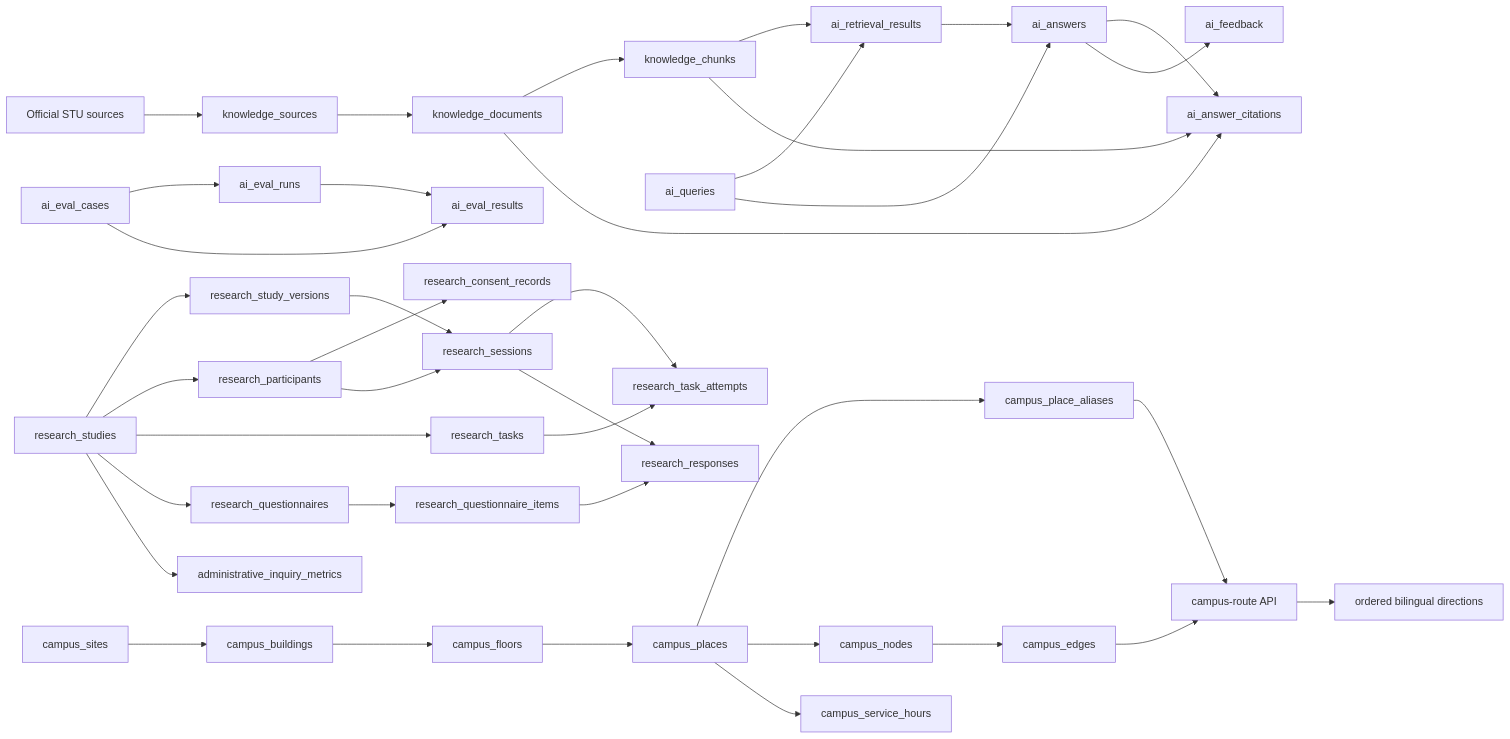
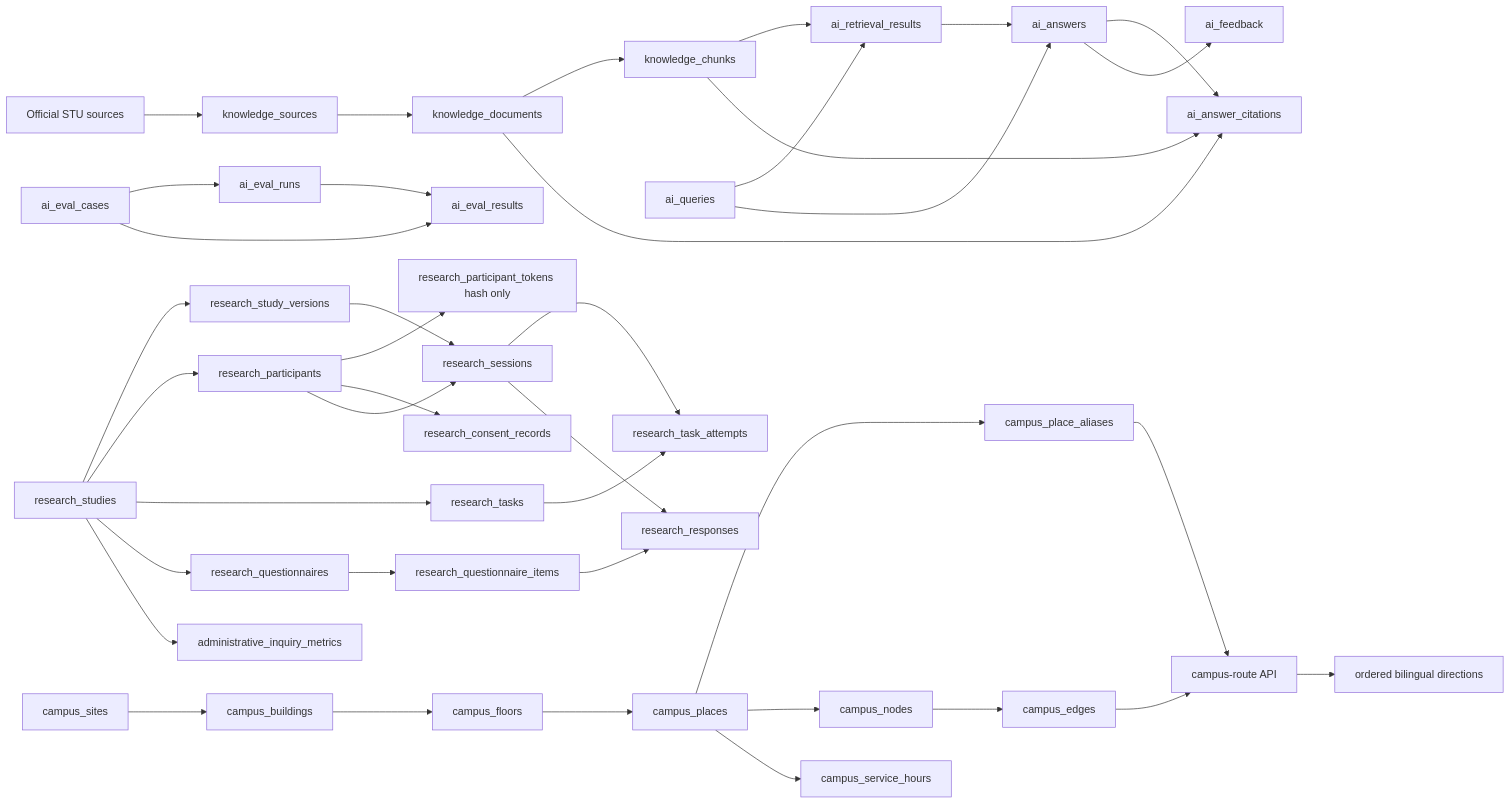
Before and after one commit to LuxArt0317/std_edu_ai: the diagram in docs/RESEARCH_SYSTEM_SCHEMA.md, drawn with Mermaid. The commit also changed other lines of this file and 19 other files, not shown here.

````diff
--- a/docs/RESEARCH_SYSTEM_SCHEMA.md
+++ b/docs/RESEARCH_SYSTEM_SCHEMA.md
@@ -7,42 +7,43 @@
 ```mermaid
 flowchart LR
   Official[Official STU sources] --> Registry[knowledge_sources]
   Registry --> Documents[knowledge_documents]
   Documents --> Chunks[knowledge_chunks]
   Chunks --> Retrieval[ai_retrieval_results]
   Query[ai_queries] --> Retrieval
   Query --> Answer[ai_answers]
   Retrieval --> Answer
   Answer --> Citations[ai_answer_citations]
   Documents --> Citations
   Chunks --> Citations
   Answer --> Feedback[ai_feedback]
   Cases[ai_eval_cases] --> Runs[ai_eval_runs]
   Runs --> Results[ai_eval_results]
   Cases --> Results
 
   Site[campus_sites] --> Building[campus_buildings]
   Building --> Floor[campus_floors]
   Floor --> Place[campus_places]
   Place --> Alias[campus_place_aliases]
   Place --> Node[campus_nodes]
   Node --> Edge[campus_edges]
   Place --> Hours[campus_service_hours]
   Edge --> Router[campus-route API]
   Alias --> Router
   Router --> TextRoute[ordered bilingual directions]
 
   Study[research_studies] --> Version[research_study_versions]
   Study --> Participant[research_participants]
+  Participant --> Token[research_participant_tokens hash only]
   Participant --> Consent[research_consent_records]
   Study --> Task[research_tasks]
   Participant --> Session[research_sessions]
   Version --> Session
   Session --> Attempt[research_task_attempts]
   Task --> Attempt
   Study --> Questionnaire[research_questionnaires]
   Questionnaire --> Item[research_questionnaire_items]
   Session --> Response[research_responses]
   Item --> Response
   Study --> Workload[administrative_inquiry_metrics]
 ```
````
